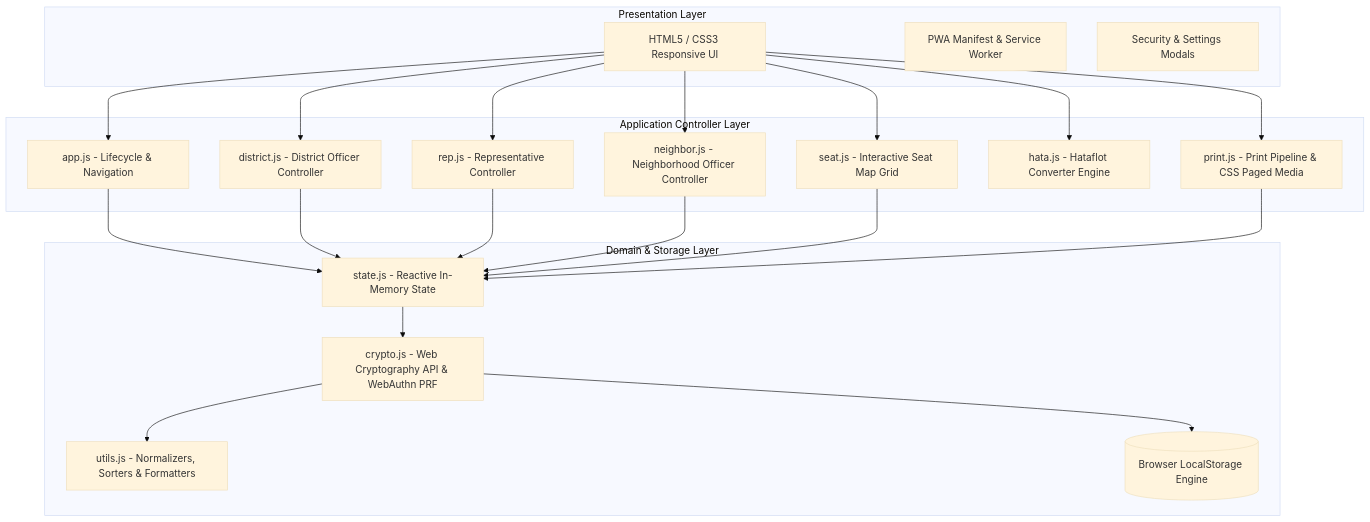
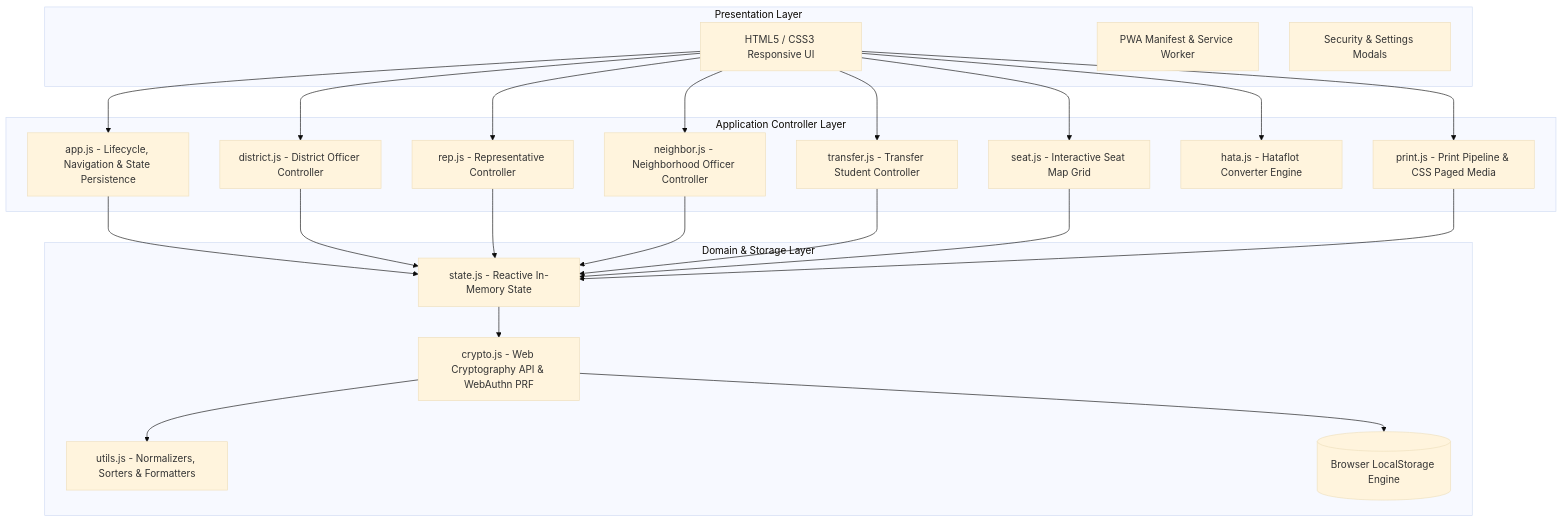
The first of 4 diagrams in docs/system_design.md (tekuteku-life/kogaidocs), drawn with Mermaid (base theme) before and after one commit. The commit also changed other lines of this file and 23 other files, not shown here.

````diff
--- a/docs/system_design.md
+++ b/docs/system_design.md
@@ -72,42 +78,45 @@
 ```mermaid
 graph TD
 	subgraph Presentation Layer
 		UI[HTML5 / CSS3 Responsive UI]
 		PWA[PWA Manifest & Service Worker]
 		MOD[Security & Settings Modals]
 	end
 
 	subgraph Application Controller Layer
-		APP[app.js - Lifecycle & Navigation]
+		APP[app.js - Lifecycle, Navigation & State Persistence]
 		DIST[district.js - District Officer Controller]
 		REP[rep.js - Representative Controller]
 		NEIGHBOR[neighbor.js - Neighborhood Officer Controller]
+		TRANSFER[transfer.js - Transfer Student Controller]
 		SEAT[seat.js - Interactive Seat Map Grid]
 		HATA[hata.js - Hataflot Converter Engine]
 		PRINT[print.js - Print Pipeline & CSS Paged Media]
 	end
 
 	subgraph Domain & Storage Layer
 		STATE[state.js - Reactive In-Memory State]
 		CRYPTO[crypto.js - Web Cryptography API & WebAuthn PRF]
 		UTILS[utils.js - Normalizers, Sorters & Formatters]
 		STORAGE[(Browser LocalStorage Engine)]
 	end
 
 	UI --> APP
 	UI --> DIST
 	UI --> REP
 	UI --> NEIGHBOR
+	UI --> TRANSFER
 	UI --> SEAT
 	UI --> PRINT
 	UI --> HATA
 	APP --> STATE
 	DIST --> STATE
 	REP --> STATE
 	NEIGHBOR --> STATE
+	TRANSFER --> STATE
 	SEAT --> STATE
 	PRINT --> STATE
 	STATE --> CRYPTO
 	CRYPTO --> STORAGE
 	CRYPTO --> UTILS
 ```
````
